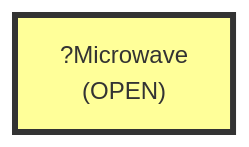
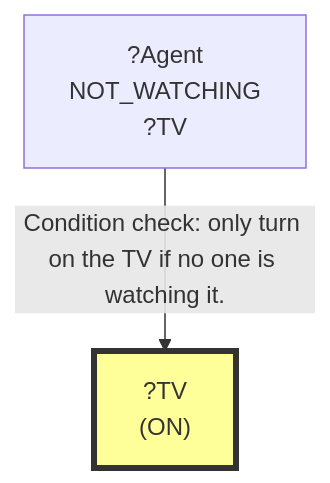
Before and after one commit to scuama/virtualhome: the ninth of 12 diagrams in evaluation/results/table2/robostate/non_stationarity/low/E_DYN_G02_S3_low/run_E_DYN_G02_S3_low.md, drawn with Mermaid. The commit also changed other lines of this file and 108 other files, not shown here.

````diff
--- a/evaluation/results/table2/robostate/non_stationarity/low/E_DYN_G02_S3_low/run_E_DYN_G02_S3_low.md
+++ b/evaluation/results/table2/robostate/non_stationarity/low/E_DYN_G02_S3_low/run_E_DYN_G02_S3_low.md
@@ -1326,5 +680,7 @@
 ```mermaid
 graph TD
-    N1["?Microwave<br>(OPEN)"]
+    N1["?TV<br>(ON)"]
     style N1 fill:#ff9,stroke:#333,stroke-width:4px
+    N2["?Agent<br>NOT_WATCHING<br>?TV"]
+    N2 -->|"Condition check: only turn on the TV if no one is watching it."| N1
 ```
````
